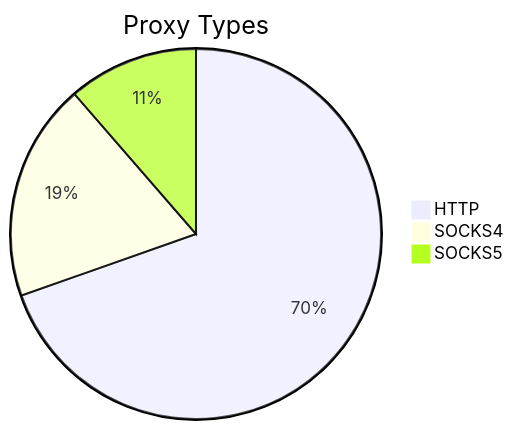
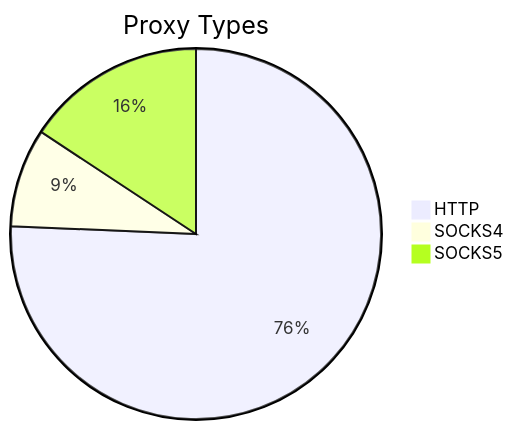
One commit to stormsia/proxy-list changed the first of 2 diagrams in README.md. Above: the diagram before and after it, drawn with Mermaid. The commit also changed other lines of this file, not shown here.

````diff
--- a/README.md
+++ b/README.md
@@ -21,6 +21,6 @@
 ```mermaid
 pie title Proxy Types
-    "HTTP" : 520
-    "SOCKS4" : 142
-    "SOCKS5" : 85
+    "HTTP" : 255
+    "SOCKS4" : 29
+    "SOCKS5" : 53
 ```
````
